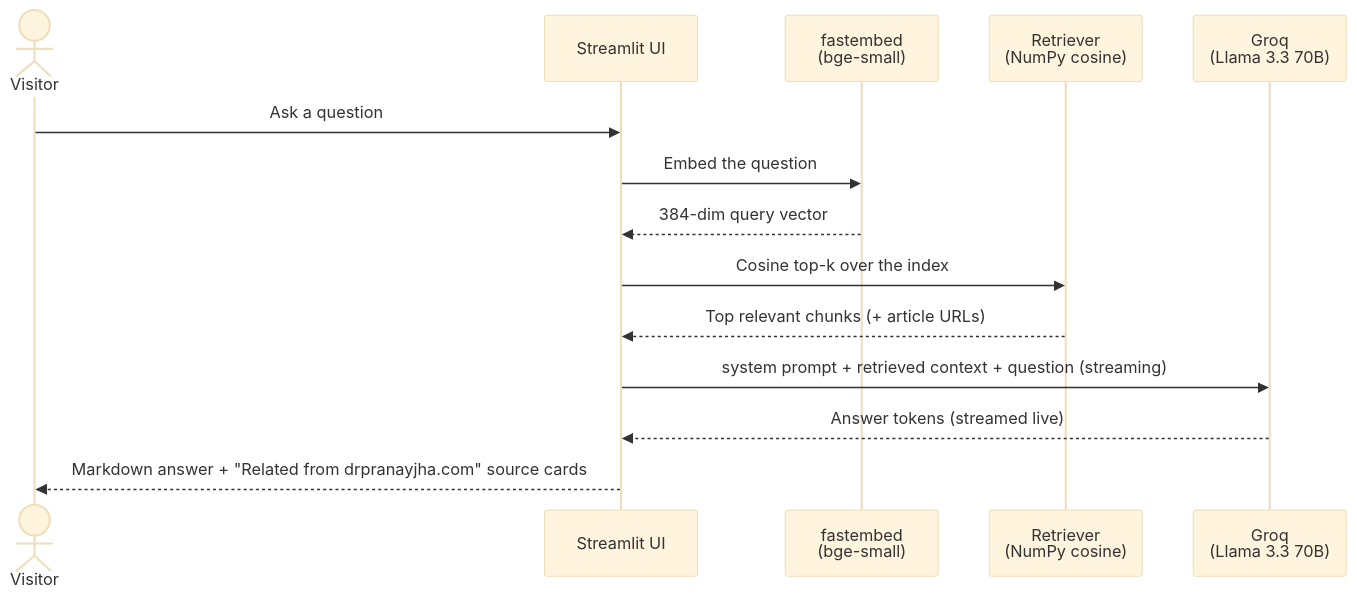
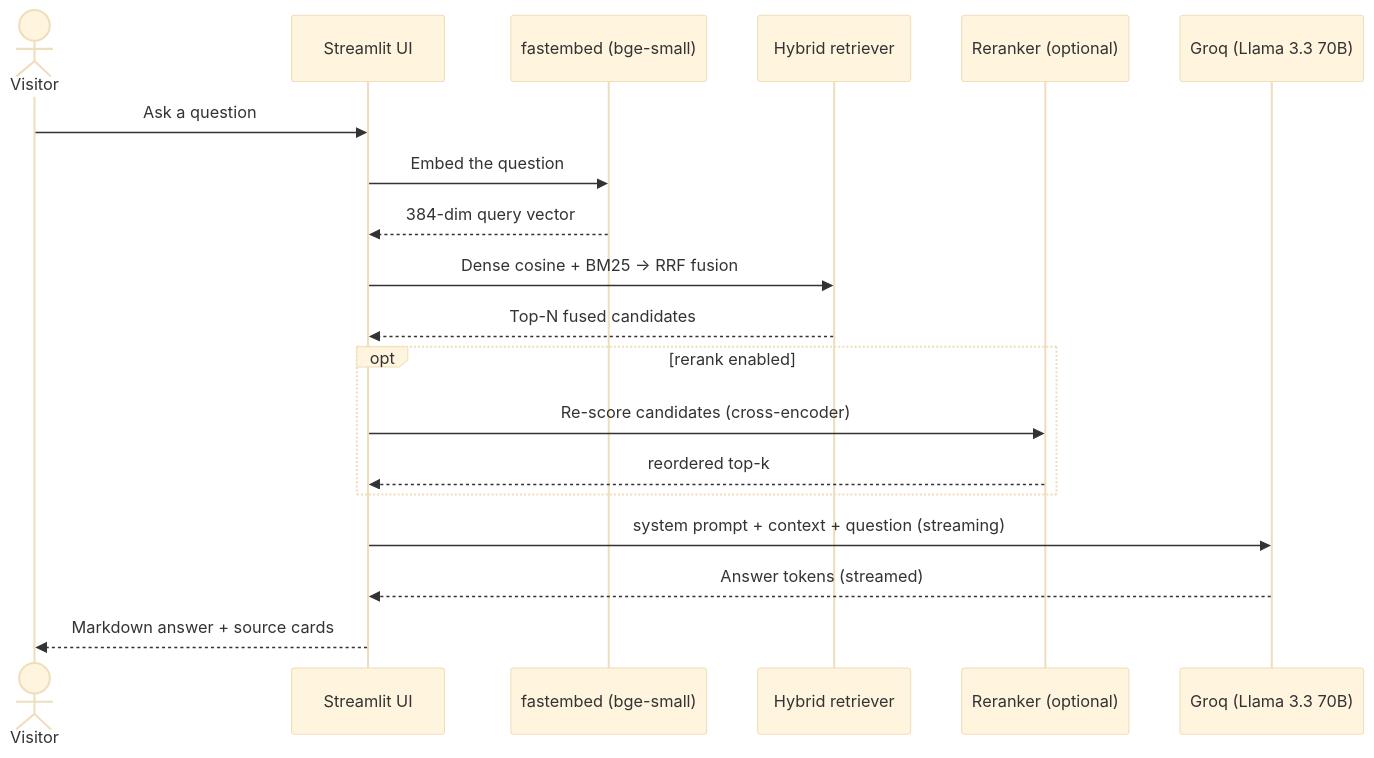
The second of 3 diagrams in ARCHITECTURE.md (impranayk/drjhagpt-ent), drawn with Mermaid (base theme) before and after one commit. The commit also changed other lines of this file and 1 other file, not shown here.

Commit message:
Update README + ARCHITECTURE for Phase 1 (hybrid retrieval, reranking, eval)

````diff
--- a/ARCHITECTURE.md
+++ b/ARCHITECTURE.md
@@ -51,17 +47,22 @@
 ```mermaid
 sequenceDiagram
     actor U as Visitor
     participant UI as Streamlit UI
-    participant E as fastembed<br/>(bge-small)
-    participant R as Retriever<br/>(NumPy cosine)
-    participant G as Groq<br/>(Llama 3.3 70B)
+    participant E as fastembed (bge-small)
+    participant R as Hybrid retriever
+    participant X as Reranker (optional)
+    participant G as Groq (Llama 3.3 70B)
 
     U->>UI: Ask a question
     UI->>E: Embed the question
     E-->>UI: 384-dim query vector
-    UI->>R: Cosine top-k over the index
-    R-->>UI: Top relevant chunks (+ article URLs)
-    UI->>G: system prompt + retrieved context + question (streaming)
-    G-->>UI: Answer tokens (streamed live)
-    UI-->>U: Markdown answer + "Related from drpranayjha.com" source cards
+    UI->>R: Dense cosine + BM25 → RRF fusion
+    R-->>UI: Top-N fused candidates
+    opt rerank enabled
+        UI->>X: Re-score candidates (cross-encoder)
+        X-->>UI: reordered top-k
+    end
+    UI->>G: system prompt + context + question (streaming)
+    G-->>UI: Answer tokens (streamed)
+    UI-->>U: Markdown answer + source cards
 ```
````
